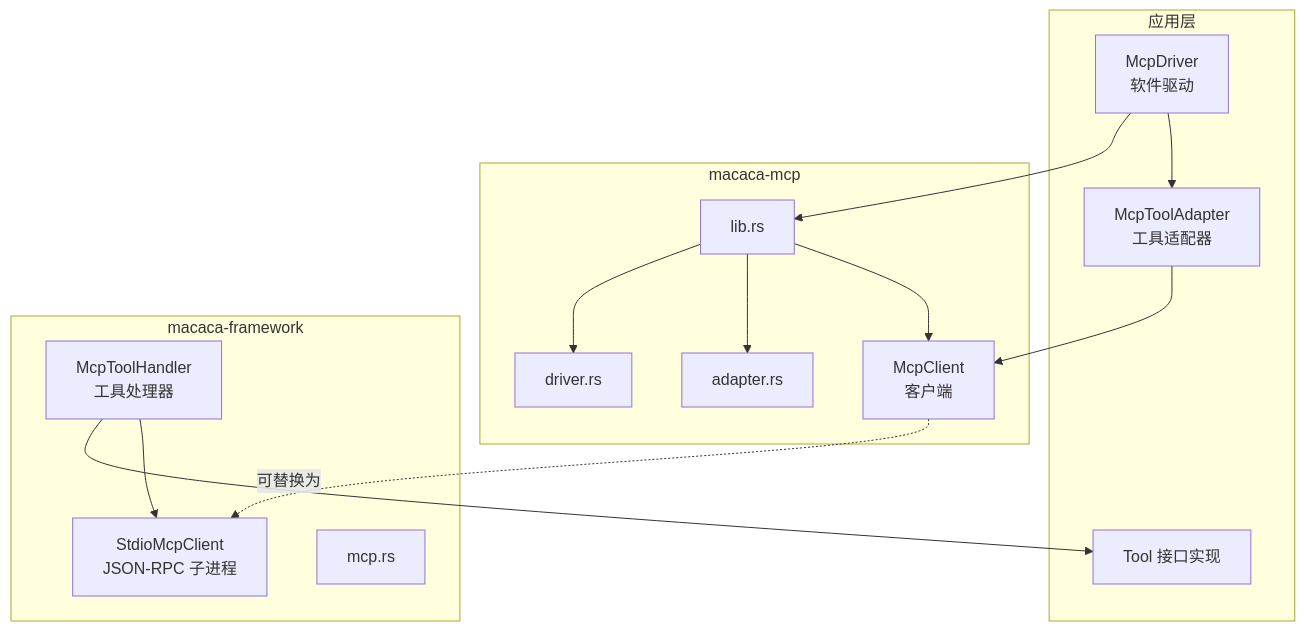
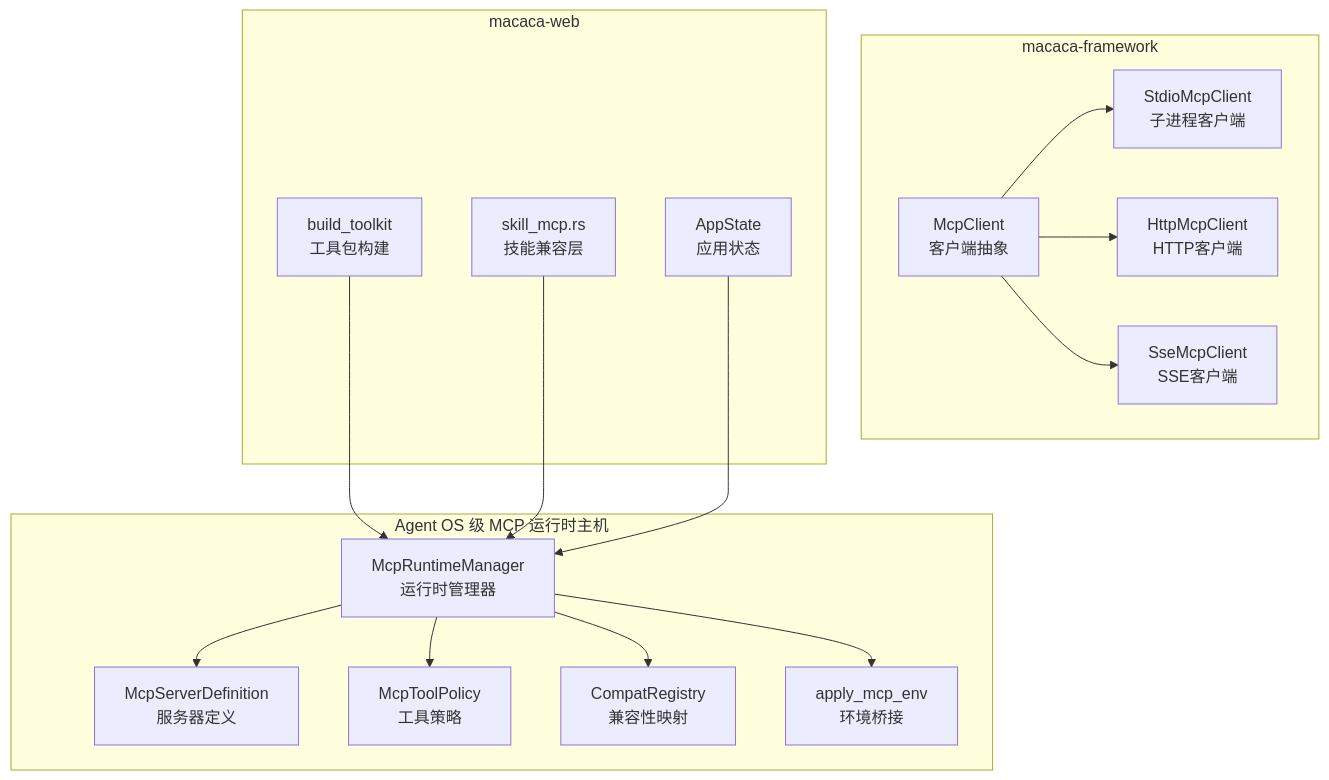
One commit to ixiejun/macaca changed the second of 11 diagrams in .qoder/repowiki/zh/content/扩展开发/MCP协议.md. Above: the diagram before and after it, drawn with Mermaid. The commit also changed other lines of this file and 49 other files, not shown here.

First line of the commit message:
feat: delegated cc_trace 实时 SSE 推送 + driver 插件化重构

````diff
--- a/.qoder/repowiki/zh/content/扩展开发/MCP协议.md
+++ b/.qoder/repowiki/zh/content/扩展开发/MCP协议.md
@@ -100,28 +139,31 @@
 ```mermaid
 graph TB
-subgraph "应用层"
-Driver["McpDriver<br/>软件驱动"]
-Adapter["McpToolAdapter<br/>工具适配器"]
-Tools["Tool 接口实现"]
-end
-subgraph "macaca-mcp"
-MCli["McpClient<br/>客户端"]
-MDrv["driver.rs"]
-MAdp["adapter.rs"]
-MLib["lib.rs"]
+subgraph "Agent OS 级 MCP 运行时主机"
+Host["McpRuntimeManager<br/>运行时管理器"]
+Registry["McpServerDefinition<br/>服务器定义"]
+Policy["McpToolPolicy<br/>工具策略"]
+Compat["CompatRegistry<br/>兼容性映射"]
+EnvBridge["apply_mcp_env<br/>环境桥接"]
 end
 subgraph "macaca-framework"
-FStdio["StdioMcpClient<br/>JSON-RPC 子进程"]
-FBridge["McpToolHandler<br/>工具处理器"]
-FMcp["mcp.rs"]
+Client["McpClient<br/>客户端抽象"]
+Stdio["StdioMcpClient<br/>子进程客户端"]
+Http["HttpMcpClient<br/>HTTP客户端"]
+Sse["SseMcpClient<br/>SSE客户端"]
 end
-Driver --> Adapter
-Adapter --> MCli
-Driver --> MLib
-MLib --> MCli
-MLib --> MAdp
-MLib --> MDrv
-MCli -.可替换为.-> FStdio
-FBridge --> FStdio
-FBridge --> Tools
+subgraph "macaca-web"
+Toolkit["build_toolkit<br/>工具包构建"]
+SkillCompat["skill_mcp.rs<br/>技能兼容层"]
+State["AppState<br/>应用状态"]
+end
+Host --> Registry
+Host --> Policy
+Host --> Compat
+Host --> EnvBridge
+Client --> Stdio
+Client --> Http
+Client --> Sse
+Toolkit --> Host
+SkillCompat --> Host
+State --> Host
 ```
````
